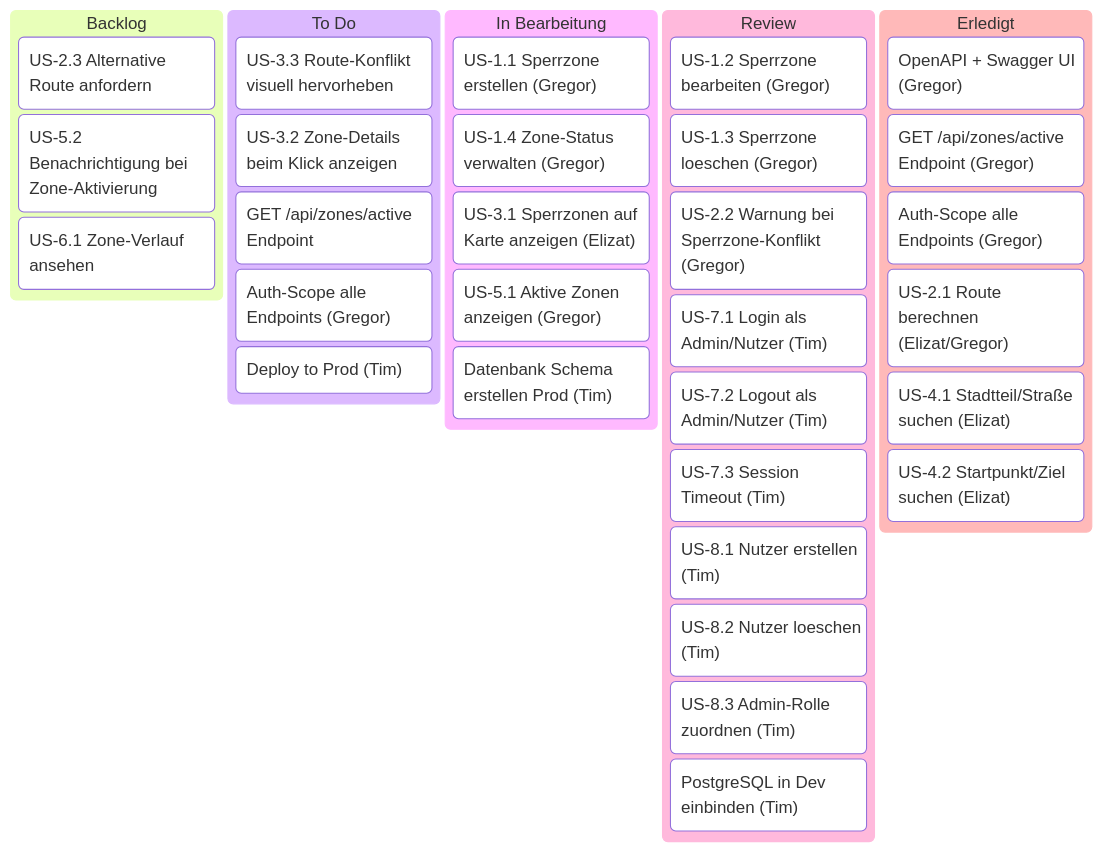
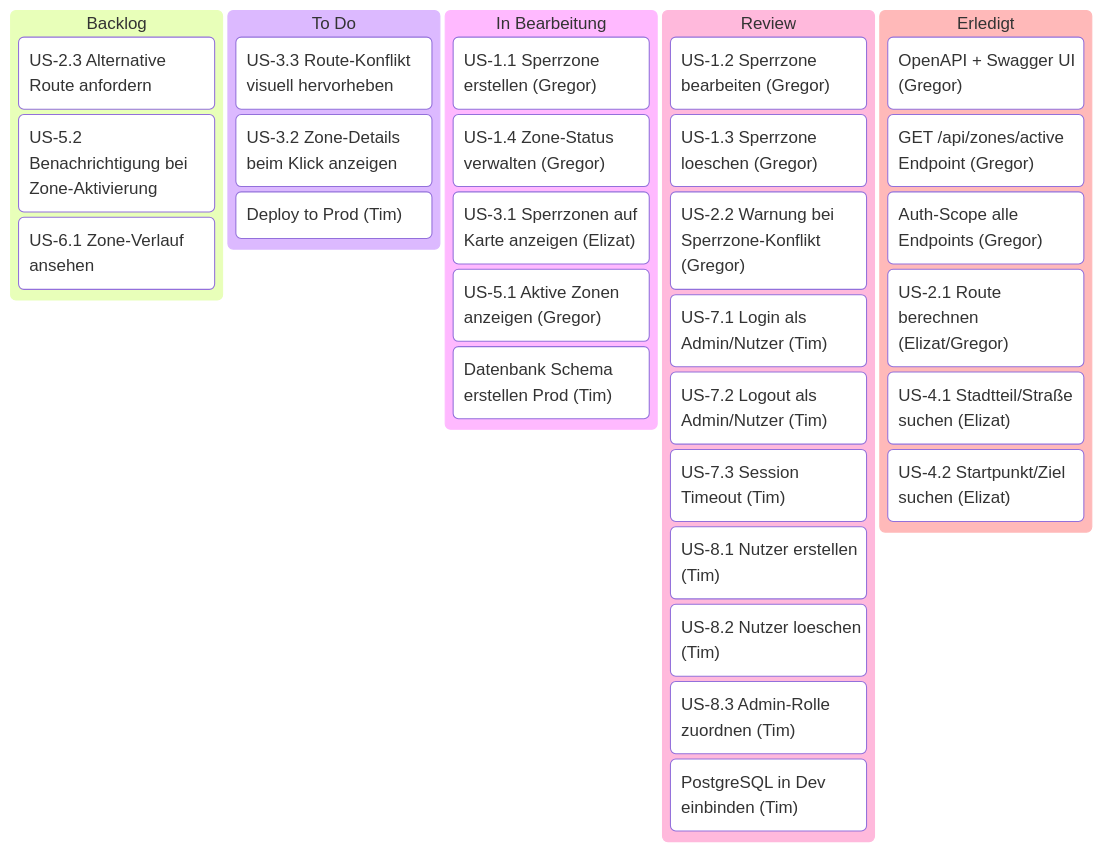
One commit to g8rdier/urban-flow-governance changed the diagram in docs/project/PLAN.md. Above: the diagram before and after it, drawn with Mermaid. The commit also changed other lines of this file, not shown here.

````diff
--- a/docs/project/PLAN.md
+++ b/docs/project/PLAN.md
@@ -15,46 +15,44 @@
 ```mermaid
 ---
 config:
   kanban:
     ticketBaseUrl: ''
 ---
 kanban
   Backlog
     b1[US-2.3 Alternative Route anfordern]
     b3[US-5.2 Benachrichtigung bei Zone-Aktivierung]
     b4[US-6.1 Zone-Verlauf ansehen]
 
   ToDo[To Do]
     t2[US-3.3 Route-Konflikt visuell hervorheben]
     t3[US-3.2 Zone-Details beim Klick anzeigen]
-    t5["GET /api/zones/active Endpoint"]
-    t6["Auth-Scope alle Endpoints (Gregor)"]
     t8["Deploy to Prod (Tim)"]
 
   InProgress[In Bearbeitung]
     p1["US-1.1 Sperrzone erstellen (Gregor)"]
     p2["US-1.4 Zone-Status verwalten (Gregor)"]
     p3["US-3.1 Sperrzonen auf Karte anzeigen (Elizat)"]
     p4["US-5.1 Aktive Zonen anzeigen (Gregor)"]
     t7["Datenbank Schema erstellen Prod (Tim)"]
 
   Review
     r1["US-1.2 Sperrzone bearbeiten (Gregor)"]
     r2["US-1.3 Sperrzone loeschen (Gregor)"]
     r3["US-2.2 Warnung bei Sperrzone-Konflikt (Gregor)"]
     r4["US-7.1 Login als Admin/Nutzer (Tim)"]
     r5["US-7.2 Logout als Admin/Nutzer (Tim)"]
     r6["US-7.3 Session Timeout (Tim)"]
     r7["US-8.1 Nutzer erstellen (Tim)"]
     r8["US-8.2 Nutzer loeschen (Tim)"]
     r9["US-8.3 Admin-Rolle zuordnen (Tim)"]
     p5["PostgreSQL in Dev einbinden (Tim)"]
 
   Erledigt
     d1["OpenAPI + Swagger UI (Gregor)"]
     d2["GET /api/zones/active Endpoint (Gregor)"]
     d3["Auth-Scope alle Endpoints (Gregor)"]
     d4["US-2.1 Route berechnen (Elizat/Gregor)"]
     d5["US-4.1 Stadtteil/Straße suchen (Elizat)"]
     d6["US-4.2 Startpunkt/Ziel suchen (Elizat)"]
 ```
````
